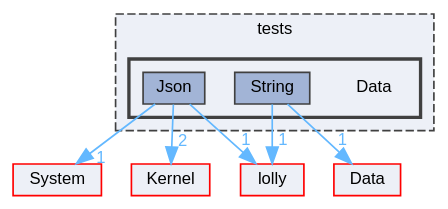
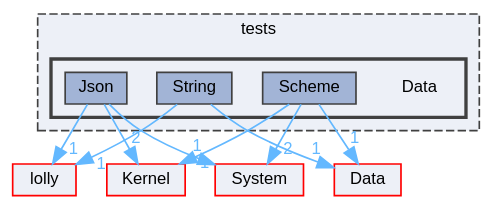
Before and after one commit to XmacsLabs/lolly: the diagram in dir_0e16d6e1be87168091a429944e6ef96f_dep.dot, drawn with Graphviz. The commit also changed 998 other files, not shown here.

```diff
--- a/dir_0e16d6e1be87168091a429944e6ef96f_dep.dot
+++ b/dir_0e16d6e1be87168091a429944e6ef96f_dep.dot
@@ -1,26 +1,30 @@
 digraph "Data"
 {
  // LATEX_PDF_SIZE
   bgcolor="transparent";
   edge [fontname=Helvetica,fontsize=10,labelfontname=Helvetica,labelfontsize=10];
   node [fontname=Helvetica,fontsize=10,shape=box,height=0.2,width=0.4];
   compound=true
   subgraph clusterdir_59425e443f801f1f2fd8bbe4959a3ccf {
     graph [ bgcolor="#edf0f7", pencolor="grey25", label="tests", fontname=Helvetica,fontsize=10 style="filled,dashed", URL="dir_59425e443f801f1f2fd8bbe4959a3ccf.html",tooltip=""]
   subgraph clusterdir_0e16d6e1be87168091a429944e6ef96f {
     graph [ bgcolor="#edf0f7", pencolor="grey25", label="", fontname=Helvetica,fontsize=10 style="filled,bold", URL="dir_0e16d6e1be87168091a429944e6ef96f.html",tooltip=""]
     dir_0e16d6e1be87168091a429944e6ef96f [shape=plaintext, label="Data"];
   dir_34b3ecfd724974c6fe2259c8a716411f [label="Json", fillcolor="#a2b4d6", color="grey25", style="filled", URL="dir_34b3ecfd724974c6fe2259c8a716411f.html",tooltip=""];
+  dir_8955762d4eb731b93240e1fccf00c110 [label="Scheme", fillcolor="#a2b4d6", color="grey25", style="filled", URL="dir_8955762d4eb731b93240e1fccf00c110.html",tooltip=""];
   dir_c067da720bbdf70a3aba5f2f5c550860 [label="String", fillcolor="#a2b4d6", color="grey25", style="filled", URL="dir_c067da720bbdf70a3aba5f2f5c550860.html",tooltip=""];
   }
   }
   dir_52bed8acfaac088d5968cb2c84d7645d [label="Kernel", fillcolor="#edf0f7", color="red", style="filled", URL="dir_52bed8acfaac088d5968cb2c84d7645d.html",tooltip=""];
   dir_4e4e38b7a3cbd015b31043c806009c51 [label="lolly", fillcolor="#edf0f7", color="red", style="filled", URL="dir_4e4e38b7a3cbd015b31043c806009c51.html",tooltip=""];
   dir_9af51e3826d4f9e80d9103b2de543e84 [label="System", fillcolor="#edf0f7", color="red", style="filled", URL="dir_9af51e3826d4f9e80d9103b2de543e84.html",tooltip=""];
   dir_e3d743d0ec9b4013b28b5d69101bc7fb [label="Data", fillcolor="#edf0f7", color="red", style="filled", URL="dir_e3d743d0ec9b4013b28b5d69101bc7fb.html",tooltip=""];
-  dir_34b3ecfd724974c6fe2259c8a716411f->dir_4e4e38b7a3cbd015b31043c806009c51 [headlabel="1", labeldistance=1.5 headhref="dir_000024_000028.html" href="dir_000024_000028.html" color="steelblue1" fontcolor="steelblue1"];
-  dir_34b3ecfd724974c6fe2259c8a716411f->dir_52bed8acfaac088d5968cb2c84d7645d [headlabel="2", labeldistance=1.5 headhref="dir_000024_000025.html" href="dir_000024_000025.html" color="steelblue1" fontcolor="steelblue1"];
-  dir_34b3ecfd724974c6fe2259c8a716411f->dir_9af51e3826d4f9e80d9103b2de543e84 [headlabel="1", labeldistance=1.5 headhref="dir_000024_000039.html" href="dir_000024_000039.html" color="steelblue1" fontcolor="steelblue1"];
-  dir_c067da720bbdf70a3aba5f2f5c550860->dir_4e4e38b7a3cbd015b31043c806009c51 [headlabel="1", labeldistance=1.5 headhref="dir_000037_000028.html" href="dir_000037_000028.html" color="steelblue1" fontcolor="steelblue1"];
-  dir_c067da720bbdf70a3aba5f2f5c550860->dir_e3d743d0ec9b4013b28b5d69101bc7fb [headlabel="1", labeldistance=1.5 headhref="dir_000037_000007.html" href="dir_000037_000007.html" color="steelblue1" fontcolor="steelblue1"];
+  dir_34b3ecfd724974c6fe2259c8a716411f->dir_4e4e38b7a3cbd015b31043c806009c51 [headlabel="1", labeldistance=1.5 headhref="dir_000026_000031.html" href="dir_000026_000031.html" color="steelblue1" fontcolor="steelblue1"];
+  dir_34b3ecfd724974c6fe2259c8a716411f->dir_52bed8acfaac088d5968cb2c84d7645d [headlabel="2", labeldistance=1.5 headhref="dir_000026_000028.html" href="dir_000026_000028.html" color="steelblue1" fontcolor="steelblue1"];
+  dir_34b3ecfd724974c6fe2259c8a716411f->dir_9af51e3826d4f9e80d9103b2de543e84 [headlabel="1", labeldistance=1.5 headhref="dir_000026_000046.html" href="dir_000026_000046.html" color="steelblue1" fontcolor="steelblue1"];
+  dir_8955762d4eb731b93240e1fccf00c110->dir_52bed8acfaac088d5968cb2c84d7645d [headlabel="1", labeldistance=1.5 headhref="dir_000041_000028.html" href="dir_000041_000028.html" color="steelblue1" fontcolor="steelblue1"];
+  dir_8955762d4eb731b93240e1fccf00c110->dir_9af51e3826d4f9e80d9103b2de543e84 [headlabel="2", labeldistance=1.5 headhref="dir_000041_000046.html" href="dir_000041_000046.html" color="steelblue1" fontcolor="steelblue1"];
+  dir_8955762d4eb731b93240e1fccf00c110->dir_e3d743d0ec9b4013b28b5d69101bc7fb [headlabel="1", labeldistance=1.5 headhref="dir_000041_000009.html" href="dir_000041_000009.html" color="steelblue1" fontcolor="steelblue1"];
+  dir_c067da720bbdf70a3aba5f2f5c550860->dir_4e4e38b7a3cbd015b31043c806009c51 [headlabel="1", labeldistance=1.5 headhref="dir_000043_000031.html" href="dir_000043_000031.html" color="steelblue1" fontcolor="steelblue1"];
+  dir_c067da720bbdf70a3aba5f2f5c550860->dir_e3d743d0ec9b4013b28b5d69101bc7fb [headlabel="1", labeldistance=1.5 headhref="dir_000043_000009.html" href="dir_000043_000009.html" color="steelblue1" fontcolor="steelblue1"];
 }
```
